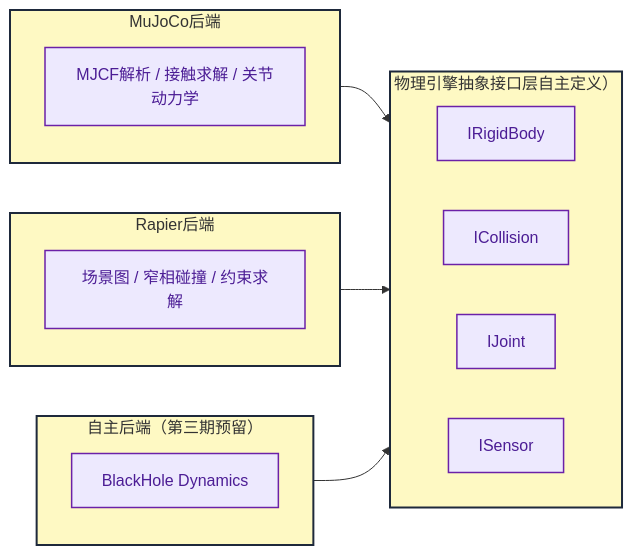
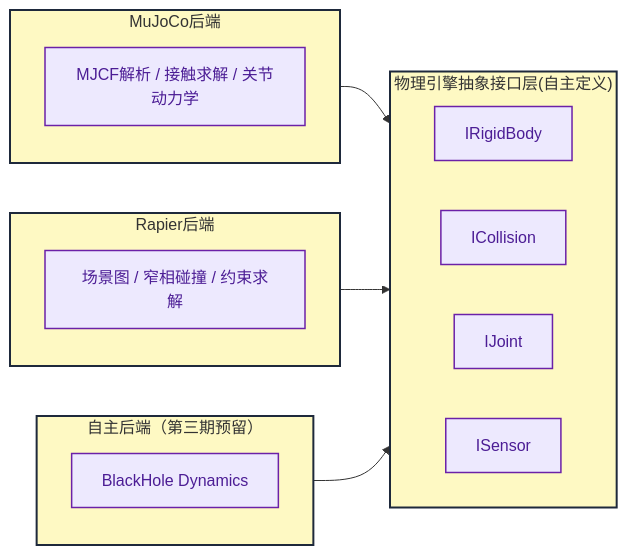
The diagram in all/未命名-1.md (aston-harden/iodraw-files), drawn with Mermaid before and after one commit.

Commit message:
2026-10-17 15:56:45 update

````diff
--- a/all/未命名-1.md
+++ b/all/未命名-1.md
@@ -1,31 +1,31 @@
 ```mermaid
 graph LR
     classDef yellowGroup fill:#FEF9C3,stroke:#1E293B,stroke-width:2px;
     classDef purpleBox fill:#EDE9FE,stroke:#6B21A8,stroke-width:1.5px,color:#4C1D95;
 
     subgraph MuJoCo["MuJoCo后端"]
         M1["MJCF解析 / 接触求解 / 关节动力学"]:::purpleBox
     end
 
     subgraph Rapier["Rapier后端"]
         R1["场景图 / 窄相碰撞 / 约束求解"]:::purpleBox
     end
 
     subgraph Self["自主后端（第三期预留）"]
         S1["BlackHole Dynamics"]:::purpleBox
     end
 
-    subgraph Interface["物理引擎抽象接口层自主定义）"]
+    subgraph Interface["物理引擎抽象接口层(自主定义)  "]
         direction LR
         I1["IRigidBody"]:::purpleBox
         I2["ICollision"]:::purpleBox
         I3["IJoint"]:::purpleBox
         I4["ISensor"]:::purpleBox
     end
 
     MuJoCo --> Interface
     Rapier --> Interface
     Self --> Interface
 
     class MuJoCo,Rapier,Self,Interface yellowGroup;
 ```
````
